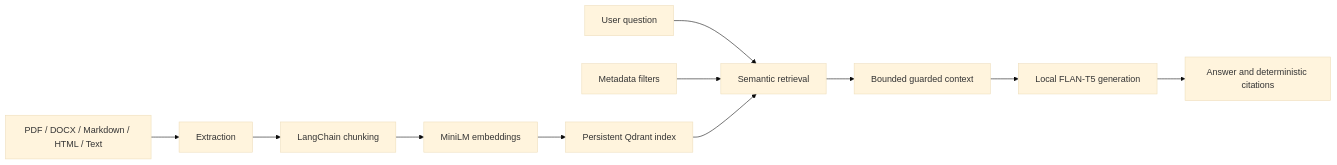
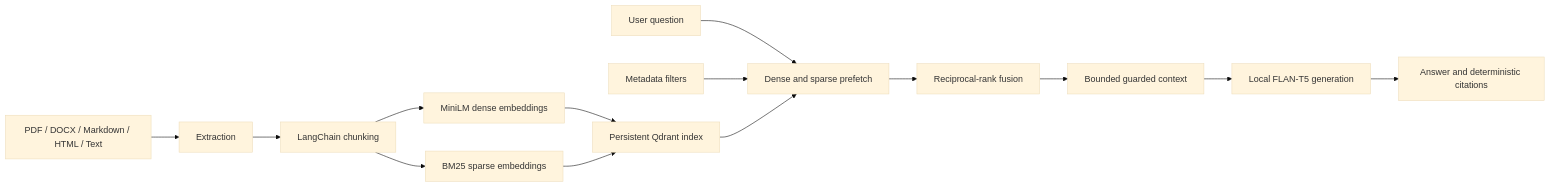
The diagram in README.md (Mojobra/rag-pipeline), drawn with Mermaid (base theme) before and after one commit. The commit also changed other lines of this file and 11 other files, not shown here.

````diff
--- a/README.md
+++ b/README.md
@@ -36,13 +37,16 @@
 ```mermaid
 flowchart LR
     A["PDF / DOCX / Markdown / HTML / Text"] --> B["Extraction"]
     B --> C["LangChain chunking"]
-    C --> D["MiniLM embeddings"]
+    C --> D["MiniLM dense embeddings"]
+    C --> S["BM25 sparse embeddings"]
     D --> E["Persistent Qdrant index"]
-    Q["User question"] --> F["Semantic retrieval"]
+    S --> E
+    Q["User question"] --> F["Dense and sparse prefetch"]
     M["Metadata filters"] --> F
     E --> F
-    F --> G["Bounded guarded context"]
+    F --> R["Reciprocal-rank fusion"]
+    R --> G["Bounded guarded context"]
     G --> H["Local FLAN-T5 generation"]
     H --> I["Answer and deterministic citations"]
 ```
````
